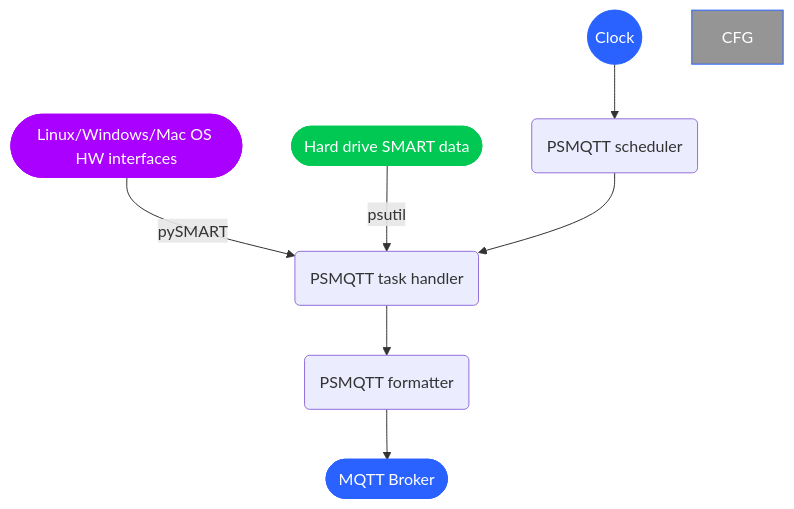
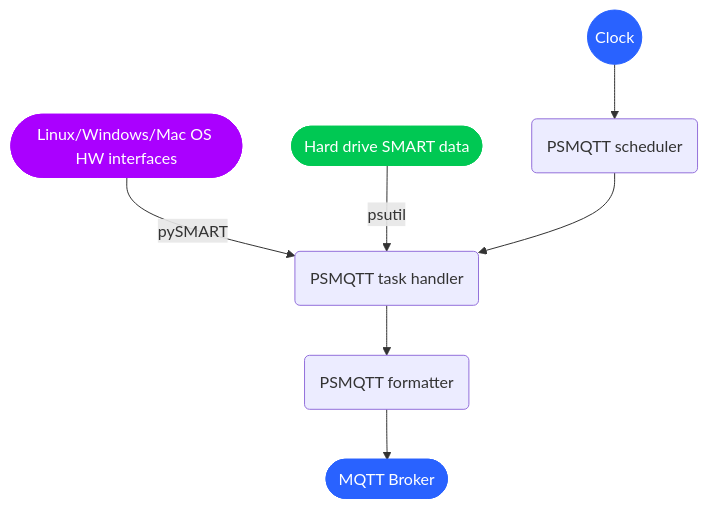
Before and after one commit to eschava/psmqtt: the diagram in doc/usage.md, drawn with Mermaid. The commit also changed other lines of this file, not shown here.

````diff
--- a/doc/usage.md
+++ b/doc/usage.md
@@ -7,28 +7,27 @@
 ```mermaid
 flowchart TD
 %% Nodes
     OS([Linux/Windows/Mac OS HW interfaces]) 
     SMART([Hard drive SMART data])
     CLK((Clock))
     MQTT([MQTT Broker])
     psmqttTASK(PSMQTT task handler)
     psmqttSCHED(PSMQTT scheduler)
     psmqttFMT(PSMQTT formatter)
 
 %% Edge connections between nodes
     OS -->|pySMART| psmqttTASK
     SMART -->|psutil| psmqttTASK
     CLK --> psmqttSCHED
 
     psmqttSCHED-->psmqttTASK
     psmqttTASK-->psmqttFMT
 
     psmqttFMT-->MQTT
 
 %% Individual node styling. 
     style OS color:#FFFFFF, fill:#AA00FF, stroke:#AA00FF
     style SMART color:#FFFFFF, stroke:#00C853, fill:#00C853
     style CLK color:#FFFFFF, stroke:#2962FF, fill:#2962FF
-    style CFG color:#FFFFFF, stroke:#2962FF, fill:#959595
     style MQTT color:#FFFFFF, stroke:#2962FF, fill:#2962FF
 ```
````
